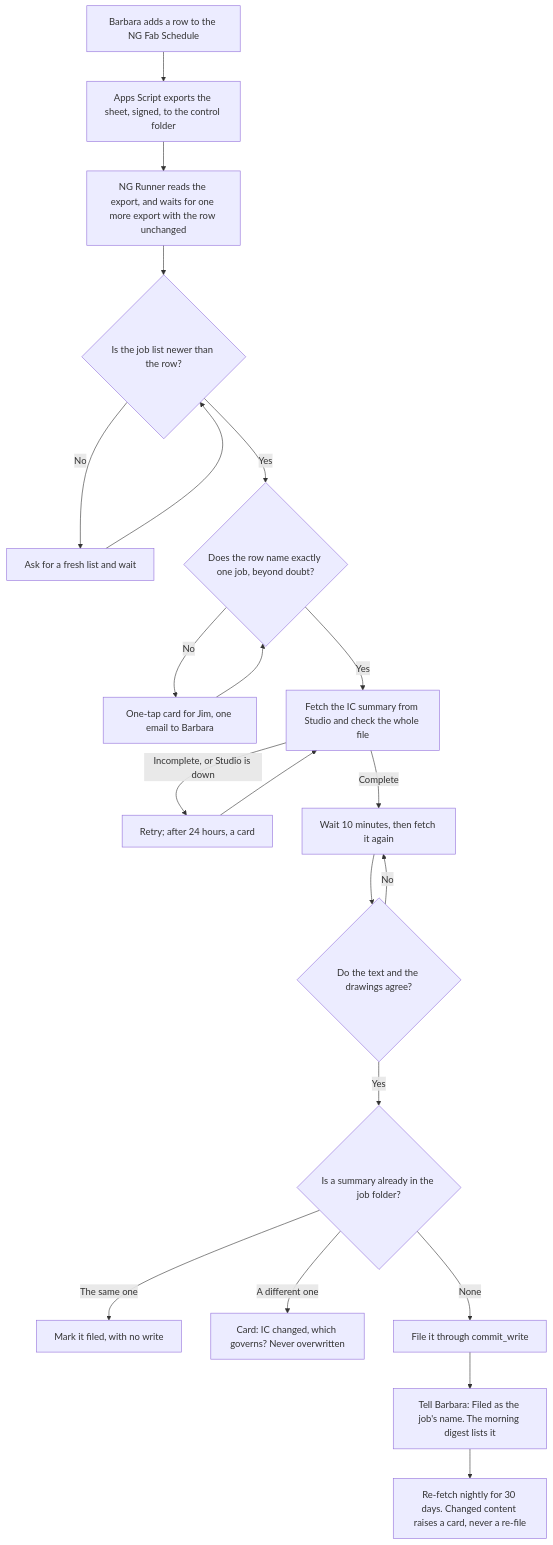
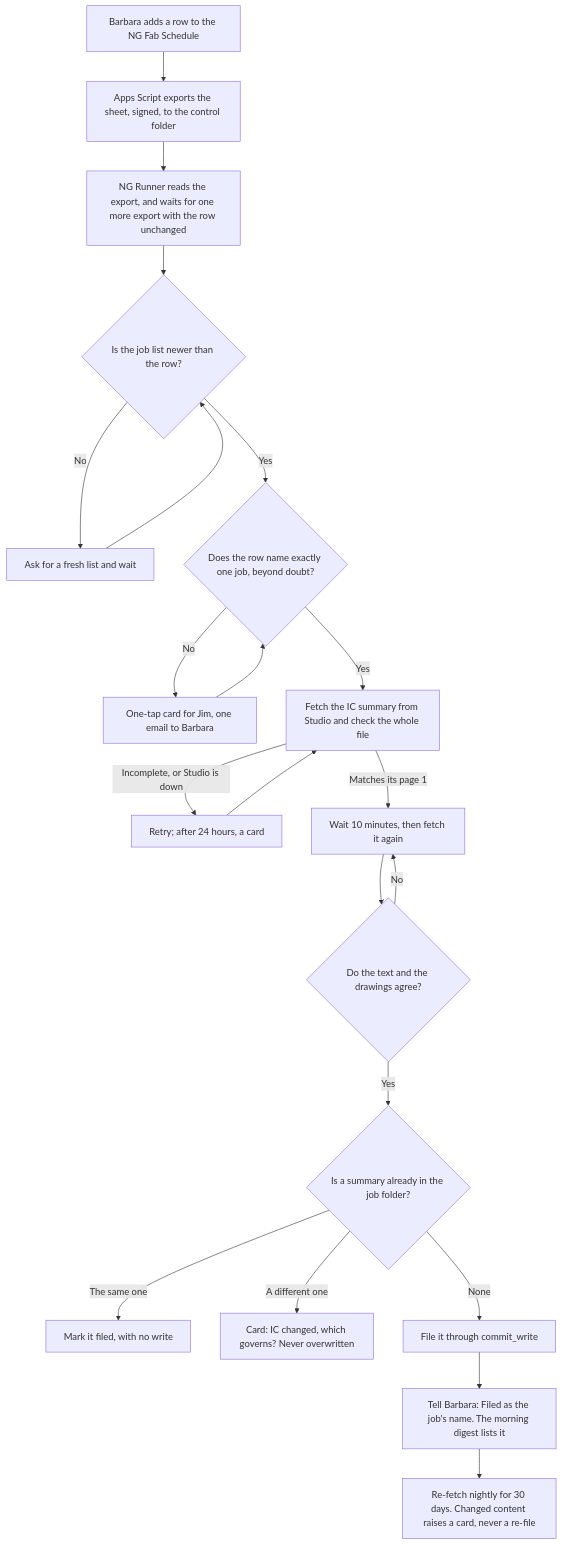
Before and after one commit to sulaiman013/NG-Runner: the first of 3 diagrams in README.md, drawn with Mermaid. The commit also changed other lines of this file and 1 other file, not shown here.

````diff
--- a/README.md
+++ b/README.md
@@ -57,23 +57,23 @@
 ```mermaid
 flowchart TD
     A["Barbara adds a row to the NG Fab Schedule"] --> B["Apps Script exports the sheet, signed, to the control folder"]
     B --> C["NG Runner reads the export, and waits for one more export with the row unchanged"]
     C --> D{"Is the job list newer than the row?"}
     D -- "No" --> E["Ask for a fresh list and wait"]
     E --> D
     D -- "Yes" --> F{"Does the row name exactly one job, beyond doubt?"}
     F -- "No" --> G["One-tap card for Jim, one email to Barbara"]
     G --> F
     F -- "Yes" --> H["Fetch the IC summary from Studio and check the whole file"]
     H -- "Incomplete, or Studio is down" --> I["Retry; after 24 hours, a card"]
     I --> H
-    H -- "Complete" --> J["Wait 10 minutes, then fetch it again"]
+    H -- "Matches its page 1" --> J["Wait 10 minutes, then fetch it again"]
     J --> K{"Do the text and the drawings agree?"}
     K -- "No" --> J
     K -- "Yes" --> L{"Is a summary already in the job folder?"}
     L -- "The same one" --> M["Mark it filed, with no write"]
     L -- "A different one" --> N["Card: IC changed, which governs? Never overwritten"]
     L -- "None" --> O["File it through commit_write"]
     O --> P["Tell Barbara: Filed as the job's name. The morning digest lists it"]
     P --> Q["Re-fetch nightly for 30 days. Changed content raises a card, never a re-file"]
 ```
````
